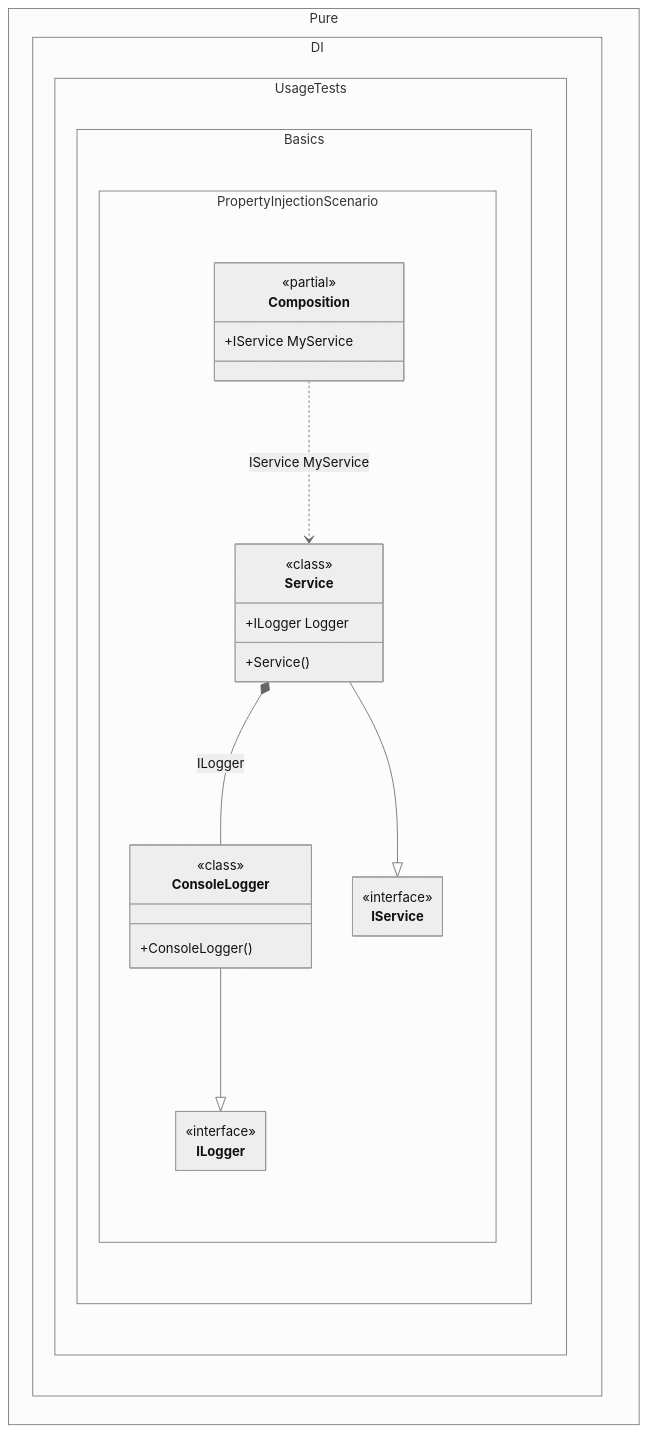
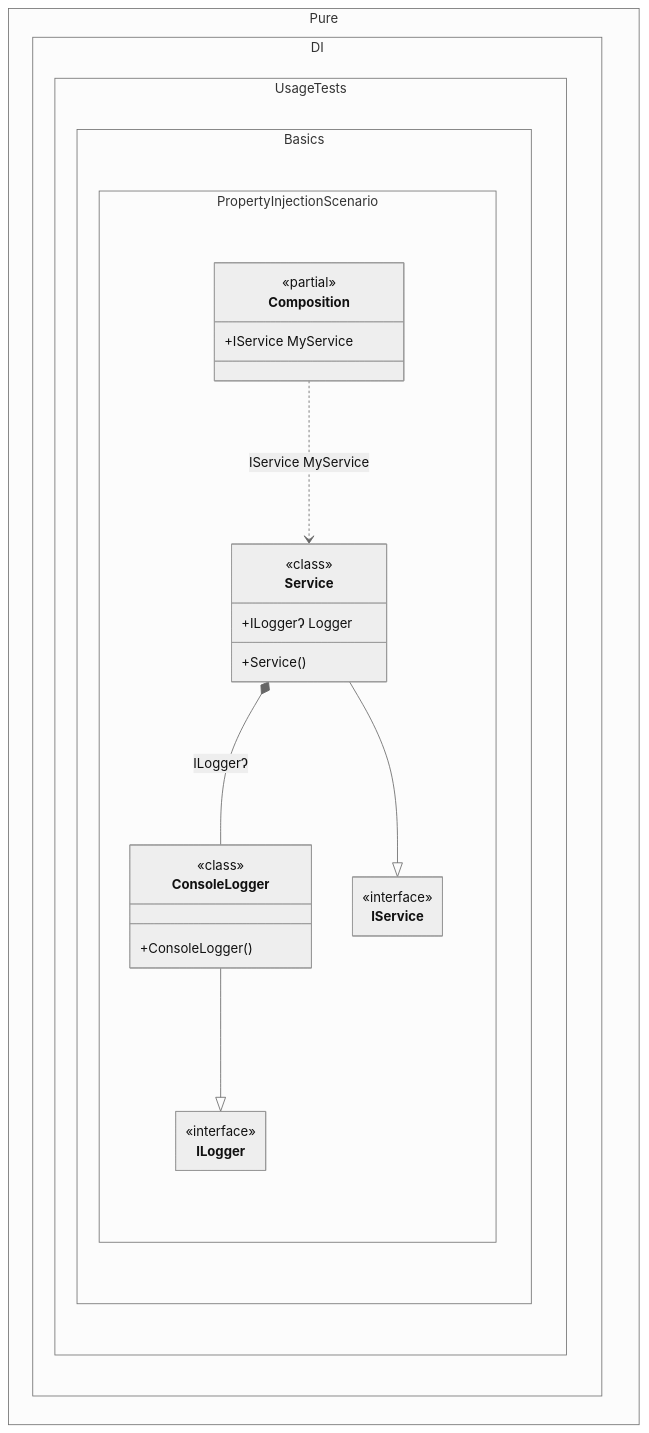
One commit to MaiKuraki/Pure.DI changed the diagram in readme/property-injection.md. Above: the diagram before and after it, drawn with Mermaid (neutral theme). The commit also changed other lines of this file and 67 other files, not shown here.

````diff
--- a/readme/property-injection.md
+++ b/readme/property-injection.md
@@ -92,35 +92,35 @@
 ```mermaid
 ---
  config:
   maxTextSize: 2147483647
   maxEdges: 2147483647
   class:
    hideEmptyMembersBox: true
 ---
 classDiagram
 	ConsoleLogger --|> ILogger
 	Service --|> IService
 	Composition ..> Service : IService MyService
-	Service *--  ConsoleLogger : ILogger
+	Service *--  ConsoleLogger : ILoggerɁ
 	namespace Pure.DI.UsageTests.Basics.PropertyInjectionScenario {
 		class Composition {
 		<<partial>>
 		+IService MyService
 		}
 		class ConsoleLogger {
 				<<class>>
 			+ConsoleLogger()
 		}
 		class ILogger {
 			<<interface>>
 		}
 		class IService {
 			<<interface>>
 		}
 		class Service {
 				<<class>>
 			+Service()
-			+ILogger Logger
+			+ILoggerɁ Logger
 		}
 	}
 ```
````
